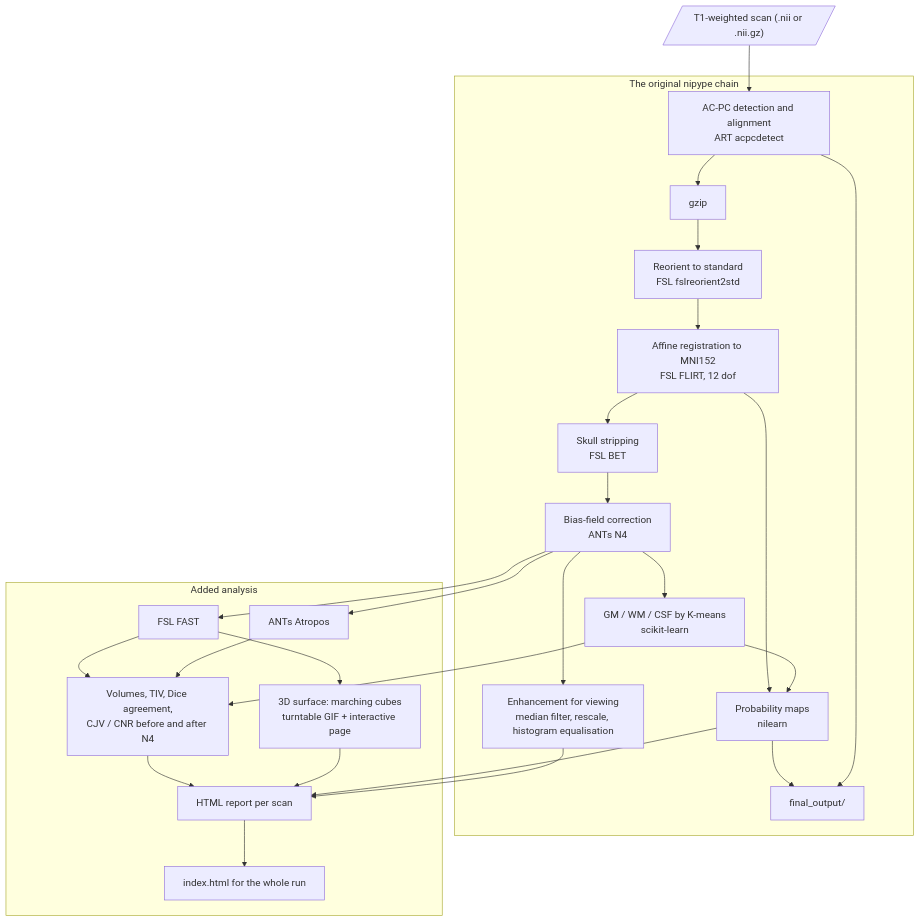
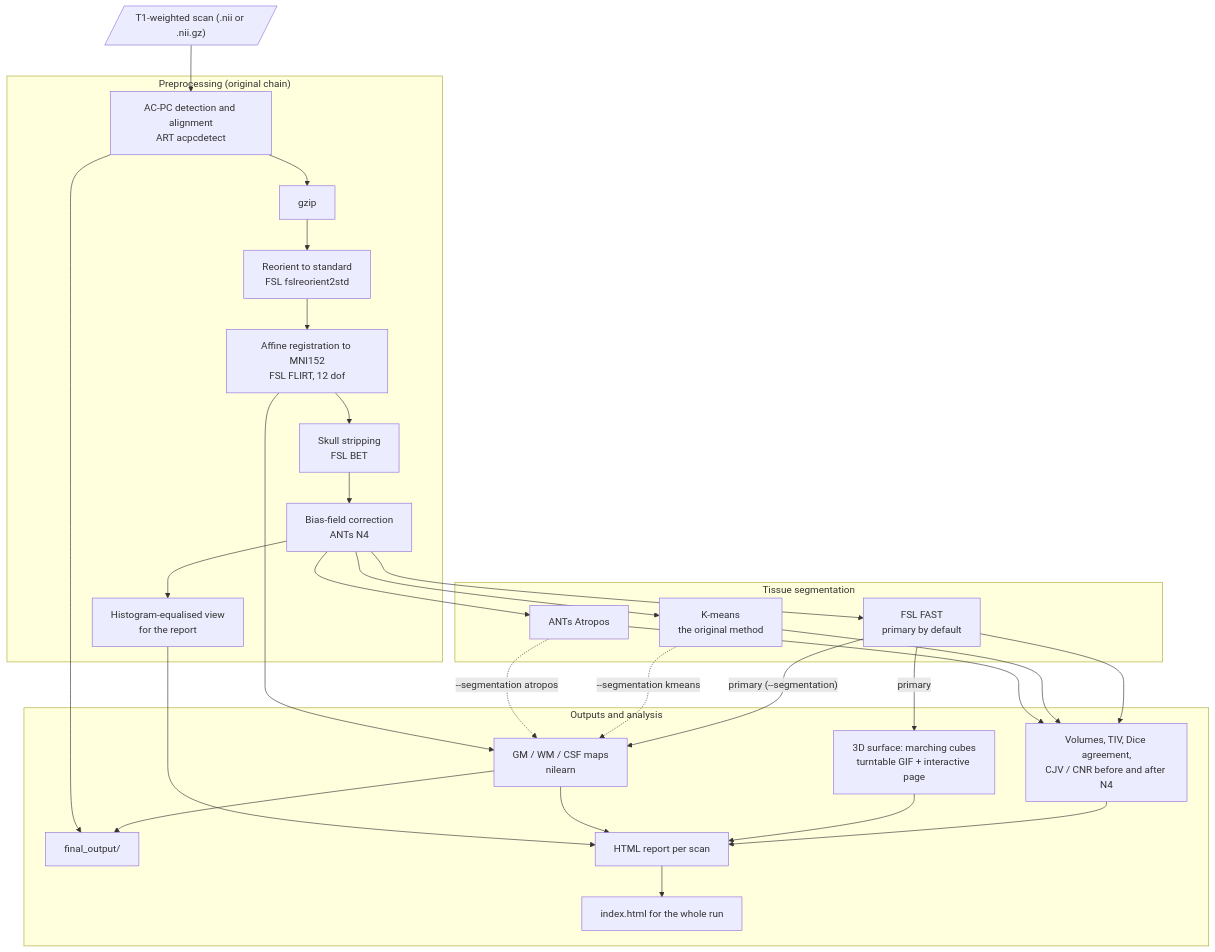
One commit to NatLee/nipype-preprocess-on-brain-mr changed the diagram in README.md. Above: the diagram before and after it, drawn with Mermaid. The commit also changed other lines of this file, not shown here.

First line of the commit message:
docs: explain the FAST default and the --segmentation option

````diff
--- a/README.md
+++ b/README.md
@@ -31,40 +32,45 @@
 ```mermaid
 flowchart TD
     scan[/"T1-weighted scan (.nii or .nii.gz)"/]
-    subgraph original["The original nipype chain"]
+    subgraph prep["Preprocessing (original chain)"]
         acpc["AC-PC detection and alignment<br/>ART acpcdetect"]
         gz["gzip"]
         reorient["Reorient to standard<br/>FSL fslreorient2std"]
         flirt["Affine registration to MNI152<br/>FSL FLIRT, 12 dof"]
         bet["Skull stripping<br/>FSL BET"]
         n4["Bias-field correction<br/>ANTs N4"]
-        enhance["Enhancement for viewing<br/>median filter, rescale, histogram equalisation"]
-        kmeans["GM / WM / CSF by K-means<br/>scikit-learn"]
-        maps["Probability maps<br/>nilearn"]
+        enhance["Histogram-equalised view<br/>for the report"]
+    end
+    subgraph seg["Tissue segmentation"]
+        fast["FSL FAST<br/>primary by default"]
+        kmeans["K-means<br/>the original method"]
+        atropos["ANTs Atropos"]
+    end
+    subgraph out["Outputs and analysis"]
+        maps["GM / WM / CSF maps<br/>nilearn"]
         final["final_output/"]
-    end
-    subgraph added["Added analysis"]
-        fast["FSL FAST"]
-        atropos["ANTs Atropos"]
         analysis["Volumes, TIV, Dice agreement,<br/>CJV / CNR before and after N4"]
         render["3D surface: marching cubes<br/>turntable GIF + interactive page"]
         report["HTML report per scan"]
         index["index.html for the whole run"]
     end
     scan --> acpc --> gz --> reorient --> flirt --> bet --> n4 --> enhance
+    n4 --> fast
     n4 --> kmeans
+    n4 --> atropos
+    fast -- "primary (--segmentation)" --> maps
+    fast -- primary --> render
+    kmeans -. "--segmentation kmeans" .-> maps
+    atropos -. "--segmentation atropos" .-> maps
     flirt --> maps
-    kmeans --> maps --> final
+    maps --> final
     acpc --> final
-    n4 --> fast
-    n4 --> atropos
+    fast --> analysis
     kmeans --> analysis
-    fast --> analysis
     atropos --> analysis
-    fast --> render
     analysis --> report
     render --> report
     maps --> report
     enhance --> report
     report --> index
 ```
````
